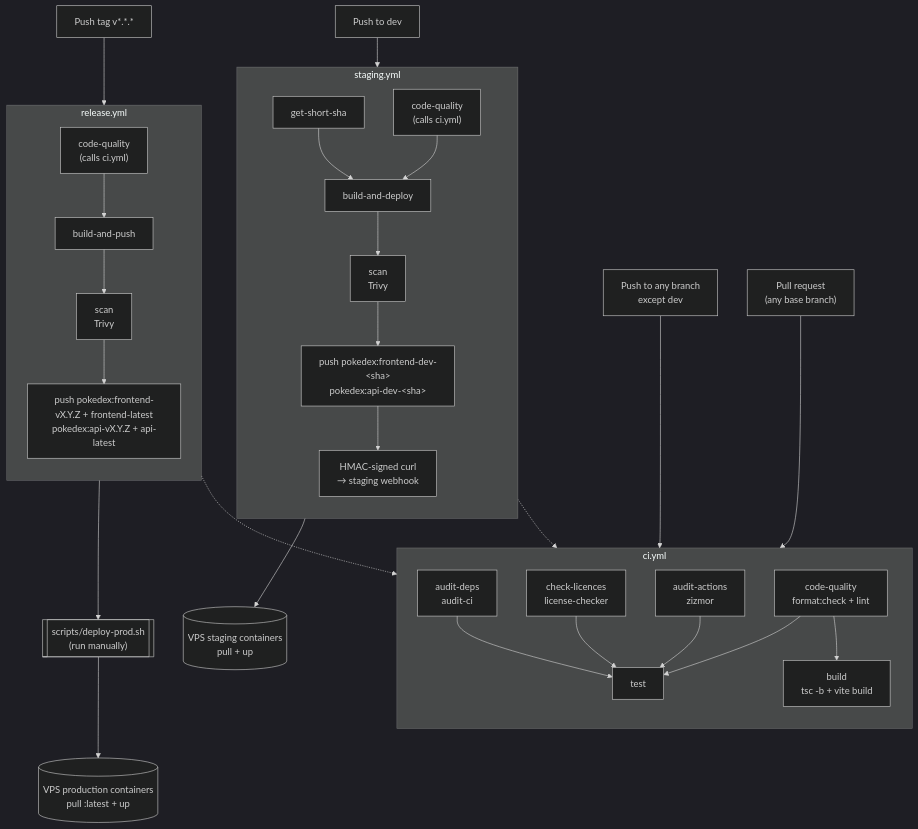
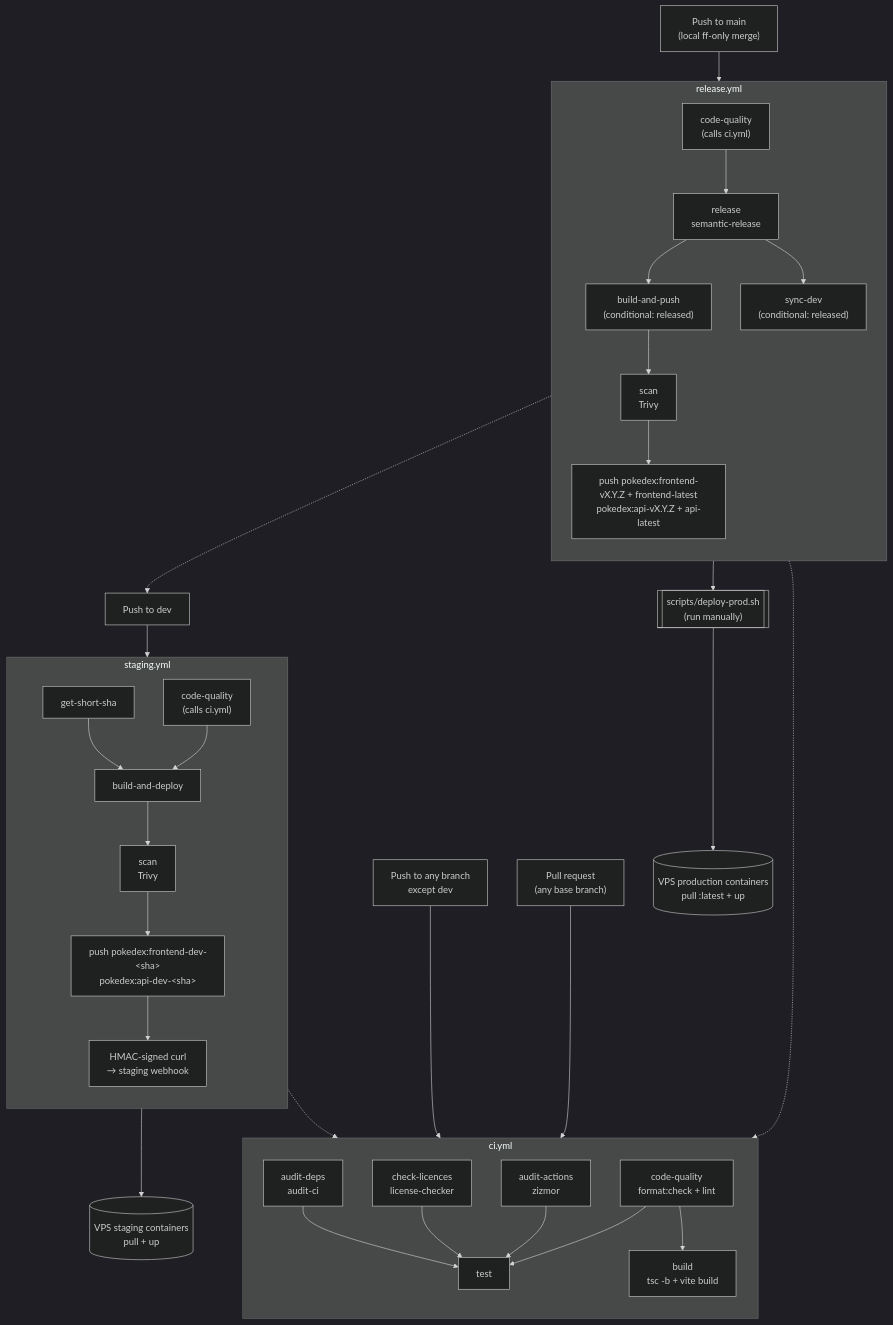
Before and after one commit to ddZ6ii/pokedex: the diagram in README.md, drawn with Mermaid (dark theme). The commit also changed other lines of this file and 14 other files, not shown here.

First line of the commit message:
feat(release): automate versioning and releases with semantic-release

````diff
--- a/README.md
+++ b/README.md
@@ -49,46 +49,49 @@
 ```mermaid
 flowchart TD
     FEAT["Push to any branch<br/>except dev"]
     PR["Pull request<br/>(any base branch)"]
     DEVPUSH["Push to dev"]
-    TAGPUSH["Push tag v*.*.*"]
+    MAINPUSH["Push to main<br/>(local ff-only merge)"]
 
     FEAT --> CI
     PR --> CI
 
     subgraph CI["ci.yml"]
         direction TB
         CQ["code-quality<br/>format:check + lint"] --> T["test"]
         AA["audit-actions<br/>zizmor"] --> T
         CL["check-licences<br/>license-checker"] --> T
         AD["audit-deps<br/>audit-ci"] --> T
         CQ --> B["build<br/>tsc -b + vite build"]
     end
 
     DEVPUSH --> STAGING
 
     subgraph STAGING["staging.yml"]
         direction TB
         SSHA["get-short-sha"]
         SCQ["code-quality<br/>(calls ci.yml)"]
         SSHA --> SSTEP["build-and-deploy"]
         SCQ --> SSTEP
         SSTEP --> SSCAN["scan<br/>Trivy"]
         SSCAN --> SPUSH["push pokedex:frontend-dev-&lt;sha&gt;<br/>pokedex:api-dev-&lt;sha&gt;"]
         SPUSH --> SHOOK["HMAC-signed curl<br/>→ staging webhook"]
     end
     SCQ -.-> CI
     SHOOK --> STAGEVPS[("VPS staging containers<br/>pull + up")]
 
-    TAGPUSH --> RELEASE
+    MAINPUSH --> RELEASE
 
     subgraph RELEASE["release.yml"]
         direction TB
-        RCQ["code-quality<br/>(calls ci.yml)"] --> RSTEP["build-and-push"]
+        RCQ["code-quality<br/>(calls ci.yml)"] --> RREL["release<br/>semantic-release"]
+        RREL --> RSTEP["build-and-push<br/>(conditional: released)"]
+        RREL --> RSYNC["sync-dev<br/>(conditional: released)"]
         RSTEP --> RSCAN["scan<br/>Trivy"]
         RSCAN --> RPUSH["push pokedex:frontend-vX.Y.Z + frontend-latest<br/>pokedex:api-vX.Y.Z + api-latest"]
     end
     RCQ -.-> CI
+    RSYNC -.-> DEVPUSH
     RPUSH --> MANUAL[["scripts/deploy-prod.sh<br/>(run manually)"]]
     MANUAL --> PRODVPS[("VPS production containers<br/>pull :latest + up")]
 ```
````
